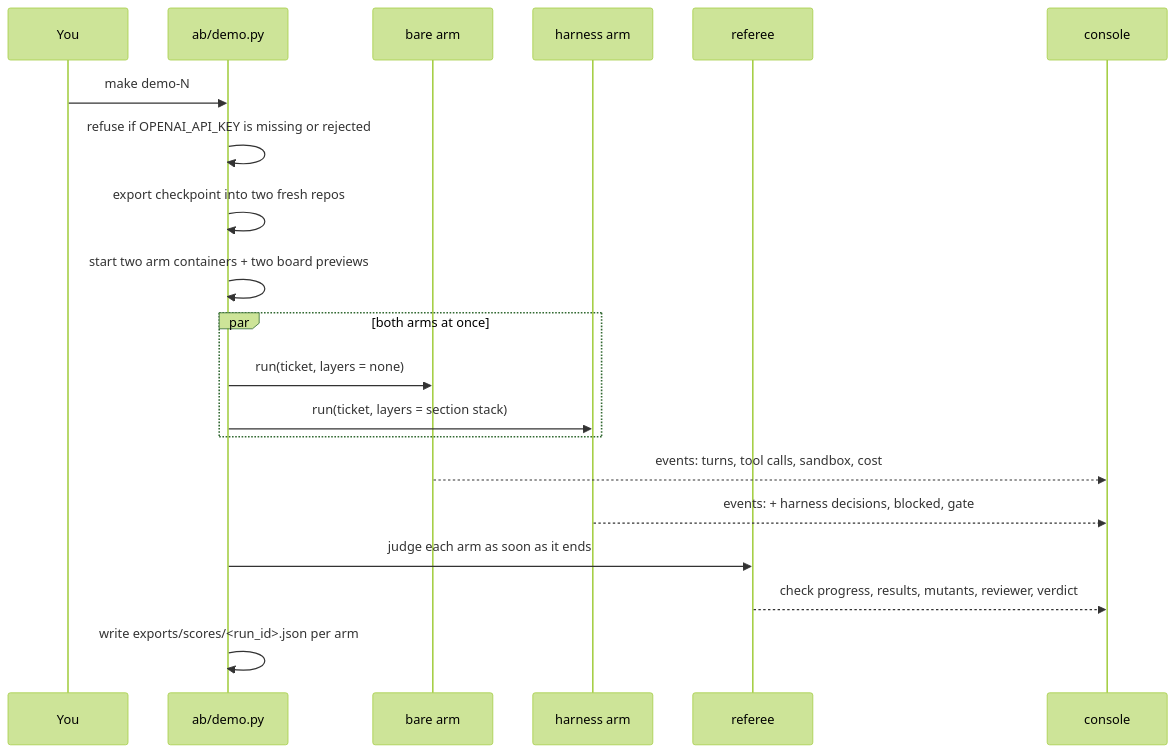
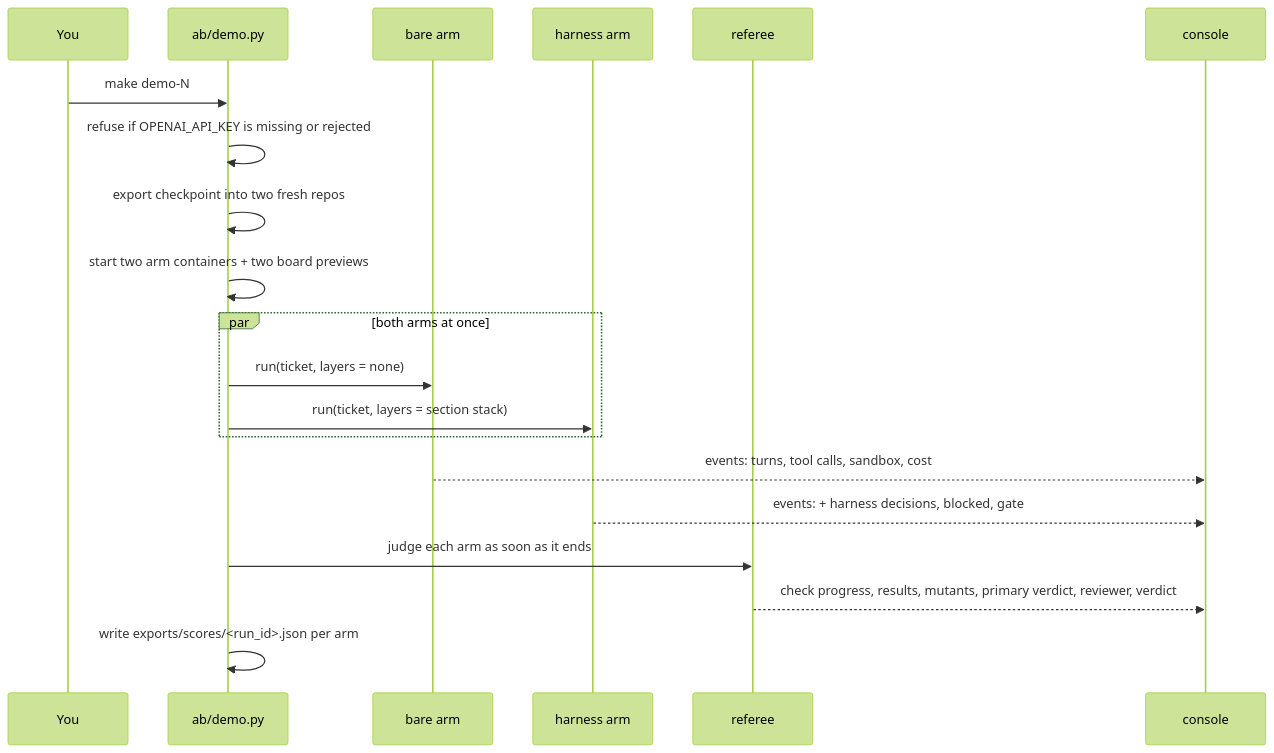
The second of 2 diagrams in docs/architecture.md (ANI-IN/shipharness-dev), drawn with Mermaid (forest theme) before and after one commit. The commit also changed other lines of this file and 21 other files, not shown here.

First line of the commit message:
referee: early primary verdict per arm; flakiness re-runs 5 instead of 10

````diff
--- a/docs/architecture.md
+++ b/docs/architecture.md
@@ -97,22 +97,22 @@
 ```mermaid
 sequenceDiagram
   participant You
   participant AB as ab/demo.py
   participant B as bare arm
   participant H as harness arm
   participant R as referee
   participant C as console
   You->>AB: make demo-N
   AB->>AB: refuse if OPENAI_API_KEY is missing or rejected
   AB->>AB: export checkpoint into two fresh repos
   AB->>AB: start two arm containers + two board previews
   par both arms at once
     AB->>B: run(ticket, layers = none)
     AB->>H: run(ticket, layers = section stack)
   end
   B-->>C: events: turns, tool calls, sandbox, cost
   H-->>C: events: + harness decisions, blocked, gate
   AB->>R: judge each arm as soon as it ends
-  R-->>C: check progress, results, mutants, reviewer, verdict
+  R-->>C: check progress, results, mutants, primary verdict, reviewer, verdict
   AB->>AB: write exports/scores/<run_id>.json per arm
 ```
````
